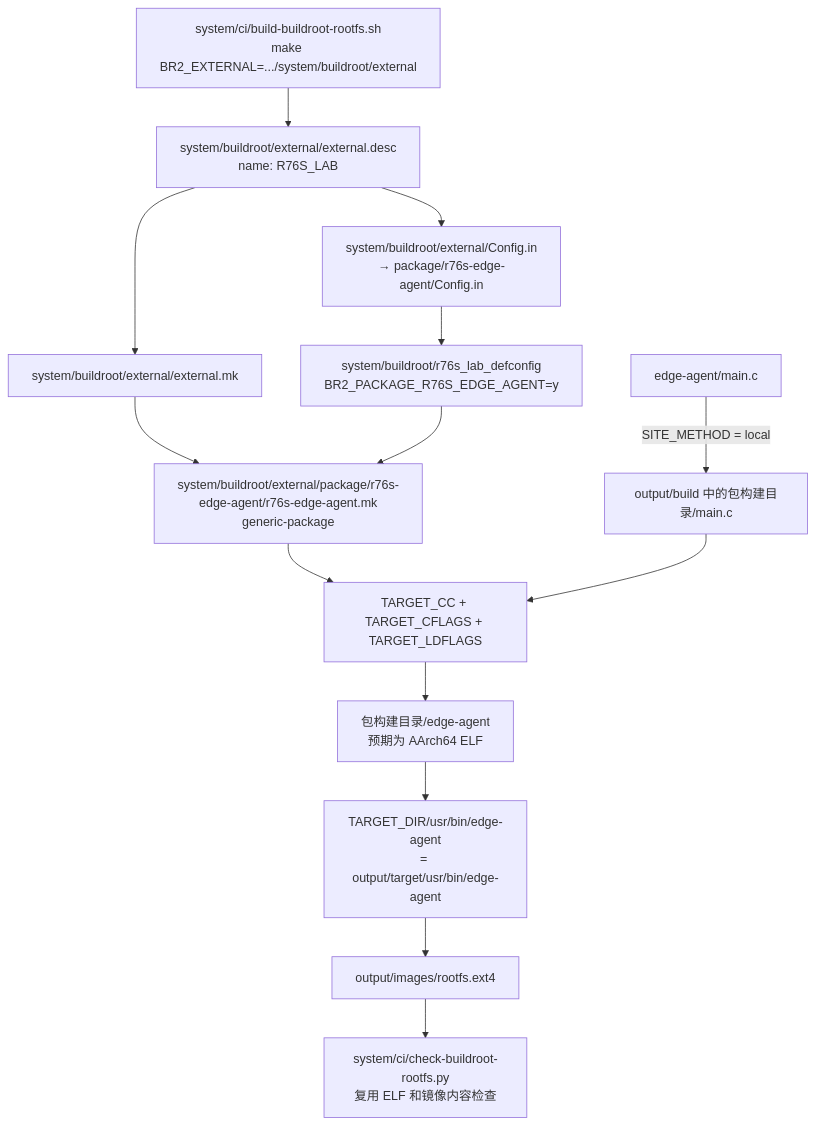
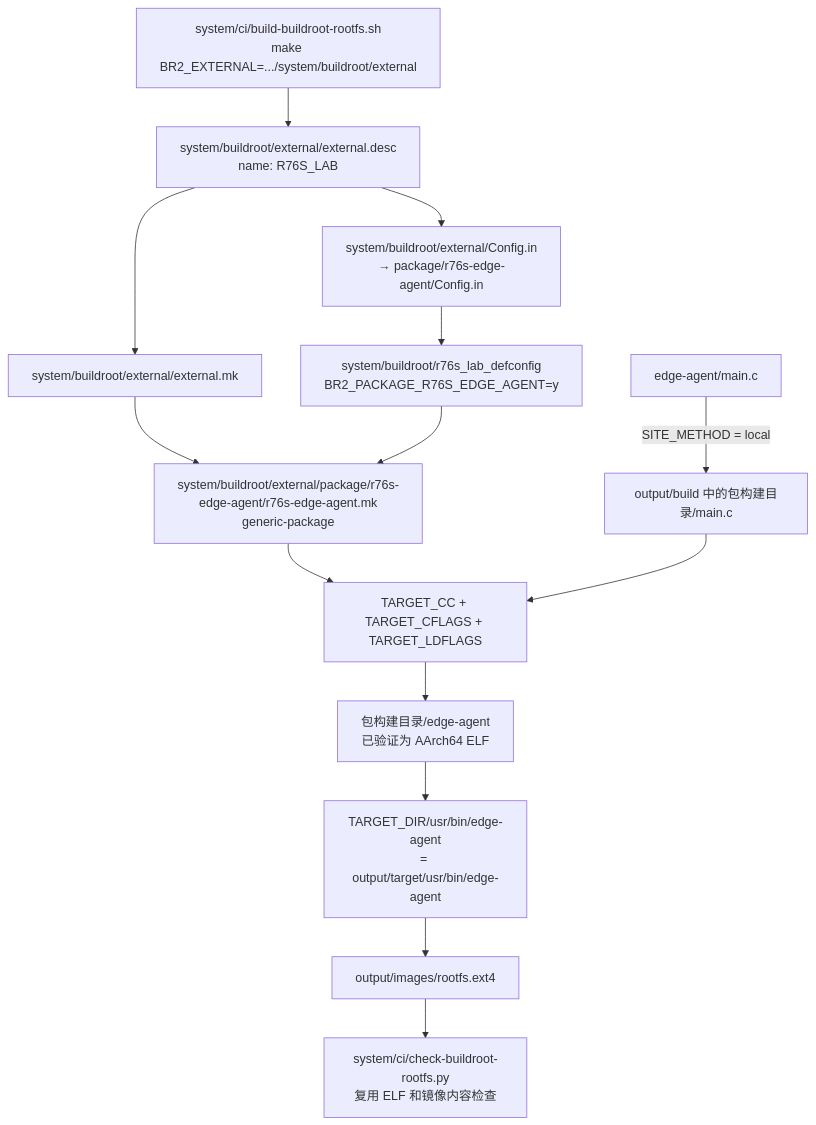
Before and after one commit to billionsheep/r76s-robot-node: the diagram in docs/learning/12-buildroot-edge-agent-package.md, drawn with Mermaid. The commit also changed other lines of this file and 6 other files, not shown here.

Commit message:
为 edge-agent Package 安装一次性启动脚本

````diff
--- a/docs/learning/12-buildroot-edge-agent-package.md
+++ b/docs/learning/12-buildroot-edge-agent-package.md
@@ -185,16 +209,16 @@
 ```mermaid
 flowchart TD
   ENTRY["system/ci/build-buildroot-rootfs.sh<br/>make BR2_EXTERNAL=.../system/buildroot/external"] --> TREE["system/buildroot/external/external.desc<br/>name: R76S_LAB"]
   TREE --> CONFIG["system/buildroot/external/Config.in<br/>→ package/r76s-edge-agent/Config.in"]
   CONFIG --> CHOICE["system/buildroot/r76s_lab_defconfig<br/>BR2_PACKAGE_R76S_EDGE_AGENT=y"]
   TREE --> MKENTRY["system/buildroot/external/external.mk"]
   MKENTRY --> RECIPE["system/buildroot/external/package/r76s-edge-agent/r76s-edge-agent.mk<br/>generic-package"]
   CHOICE --> RECIPE
   SOURCE["edge-agent/main.c"] -->|SITE_METHOD = local| BUILD["output/build 中的包构建目录/main.c"]
   RECIPE --> CC["TARGET_CC + TARGET_CFLAGS + TARGET_LDFLAGS"]
   BUILD --> CC
-  CC --> ELF["包构建目录/edge-agent<br/>预期为 AArch64 ELF"]
+  CC --> ELF["包构建目录/edge-agent<br/>已验证为 AArch64 ELF"]
   ELF --> INSTALL["TARGET_DIR/usr/bin/edge-agent<br/>= output/target/usr/bin/edge-agent"]
   INSTALL --> IMAGE["output/images/rootfs.ext4"]
   IMAGE --> CHECK["system/ci/check-buildroot-rootfs.py<br/>复用 ELF 和镜像内容检查"]
 ```
````
